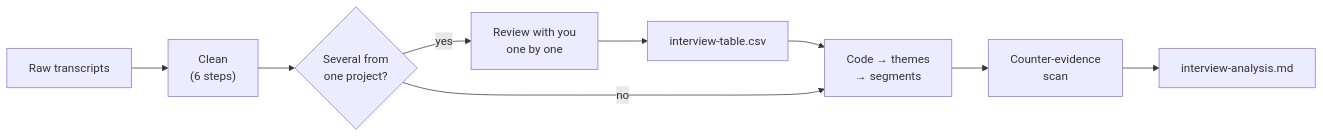
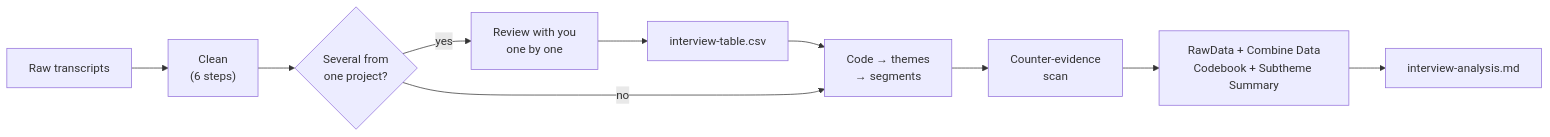
Before and after one commit to bonny8000/Interview-Analysis-Skill: the diagram in README.md, drawn with Mermaid. The commit also changed other lines of this file and 13 other files, not shown here.

````diff
--- a/README.md
+++ b/README.md
@@ -40,11 +52,12 @@
 ```mermaid
 flowchart LR
     raw["Raw transcripts"] --> clean["Clean<br/>(6 steps)"]
     clean --> multi{"Several from<br/>one project?"}
     multi -->|yes| review["Review with you<br/>one by one"]
     review --> table["interview-table.csv"]
     table --> code
     multi -->|no| code["Code → themes<br/>→ segments"]
     code --> scan["Counter-evidence<br/>scan"]
-    scan --> report["interview-analysis.md"]
+    scan --> matrix["RawData + Combine Data<br/>Codebook + Subtheme Summary"]
+    matrix --> report["interview-analysis.md"]
 ```
````
